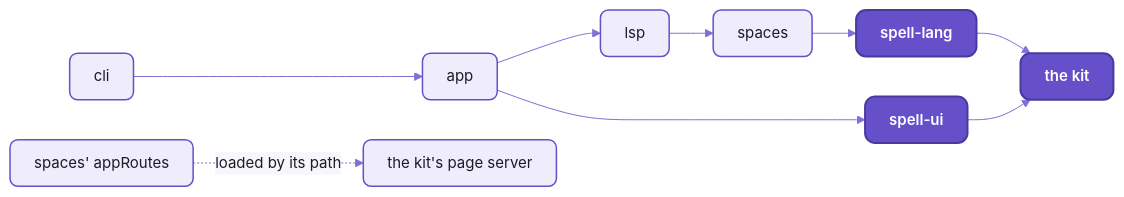
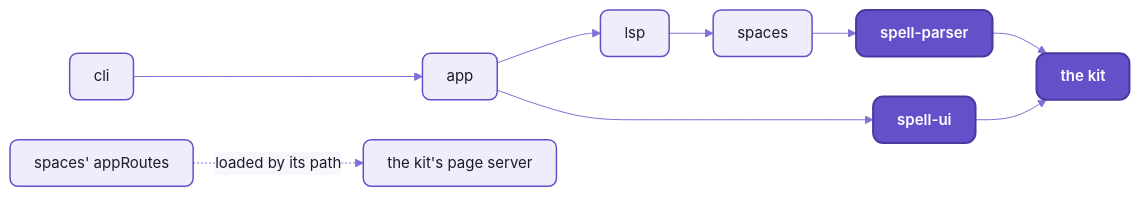
The third of 4 diagrams in app/README.md (spell-app/spell), drawn with Mermaid before and after one commit. The commit also changed other lines of this file and 219 other files, not shown here.

````diff
--- a/app/README.md
+++ b/app/README.md
@@ -303,11 +303,11 @@
 ```mermaid
 %%{init: {"theme":"base","themeVariables":{"fontFamily":"-apple-system, BlinkMacSystemFont, Segoe UI, Helvetica, Arial, sans-serif","fontSize":"15px","primaryColor":"#EFECFB","primaryBorderColor":"#6550CA","primaryTextColor":"#1A1C27","secondaryColor":"#F4F1E9","tertiaryColor":"#F7F6FC","lineColor":"#7F6FD6","textColor":"#7F6FD6","clusterBkg":"#F7F6FC","clusterBorder":"#B9B0E8","titleColor":"#1A1C27","edgeLabelBackground":"#F7F6FC","actorBkg":"#EFECFB","actorBorder":"#6550CA","actorTextColor":"#1A1C27","actorLineColor":"#9C90DE","signalColor":"#7F6FD6","signalTextColor":"#7F6FD6","labelBoxBkgColor":"#EFECFB","labelBoxBorderColor":"#6550CA","labelTextColor":"#1A1C27","loopTextColor":"#7F6FD6","noteBkgColor":"#F1E7D4","noteBorderColor":"#C9B48A","noteTextColor":"#1A1C27","activationBkgColor":"#DCD6F7","activationBorderColor":"#6550CA","sequenceNumberColor":"#FFFFFF"},"flowchart":{"curve":"basis","padding":12,"nodeSpacing":40,"rankSpacing":44}}}%%
 flowchart LR
-  cli --> app --> lsp --> spaces --> lang["spell-lang"] --> kit["the kit"]
+  cli --> app --> lsp --> spaces --> lang["spell-parser"] --> kit["the kit"]
   app --> ui["spell-ui"] --> kit
   routes["spaces' appRoutes"] -. "loaded by its path" .-> kitServer["the kit's page server"]
   %% the Spell look:  yarn mermaid:pretty
   classDef default fill:#EFECFB,stroke:#6550CA,stroke-width:1.5px,color:#1A1C27,rx:8px,ry:8px
   classDef repo fill:#6550CA,stroke:#4A3AA0,stroke-width:2px,color:#FFFFFF,rx:10px,ry:10px,font-weight:600
   class lang,kit,ui repo
 ```
````
